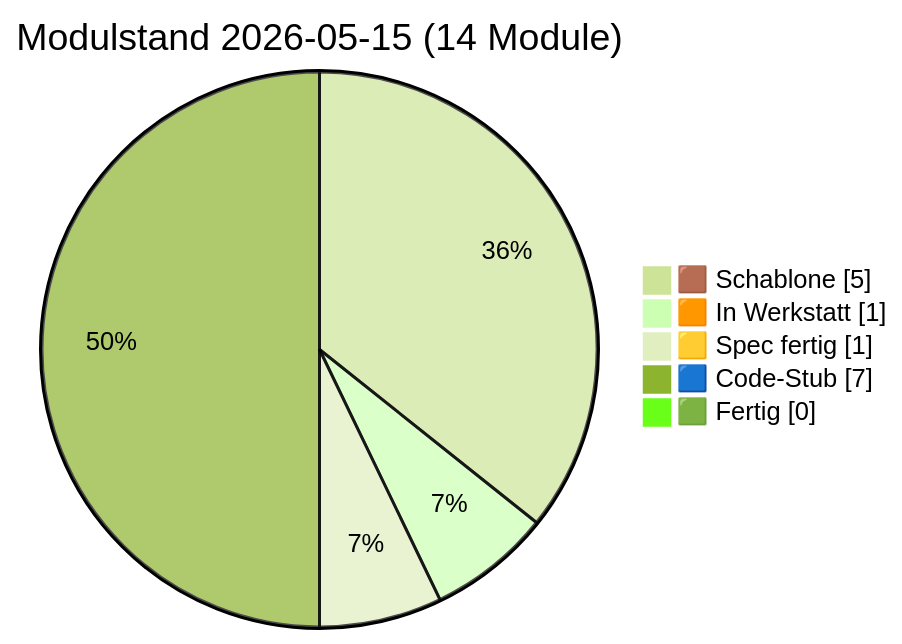
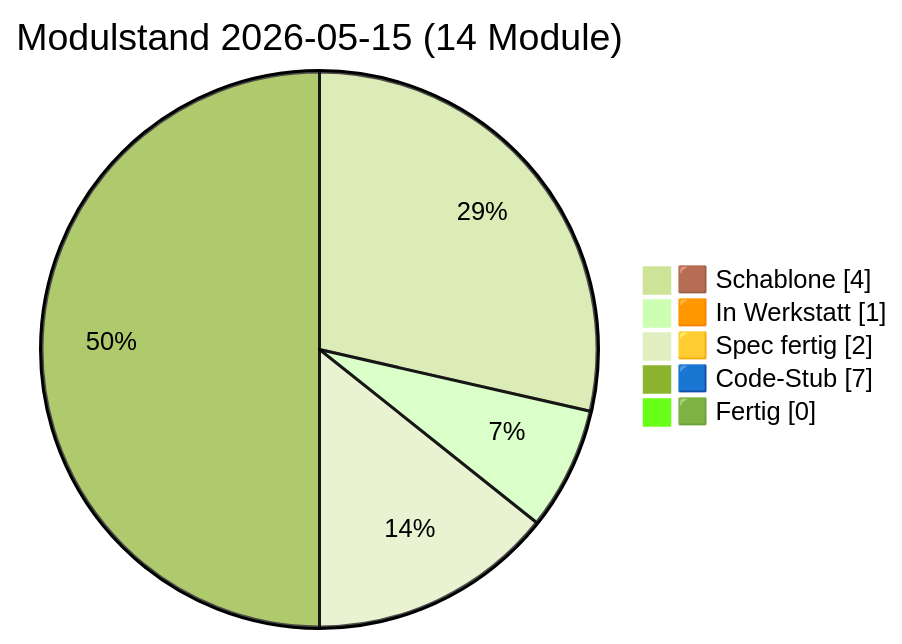
The diagram in docs/PULS.md (lausiklauskn-png/Sage-Protokol), drawn with Mermaid (forest theme) before and after one commit. The commit also changed other lines of this file and 4 other files, not shown here.

````diff
--- a/docs/PULS.md
+++ b/docs/PULS.md
@@ -16,9 +16,9 @@
 ```mermaid
 pie showData
   title Modulstand 2026-05-15 (14 Module)
-  "🟫 Schablone" : 5
+  "🟫 Schablone" : 4
   "🟧 In Werkstatt" : 1
-  "🟨 Spec fertig" : 1
+  "🟨 Spec fertig" : 2
   "🟦 Code-Stub" : 7
   "🟩 Fertig" : 0
 ```
````
